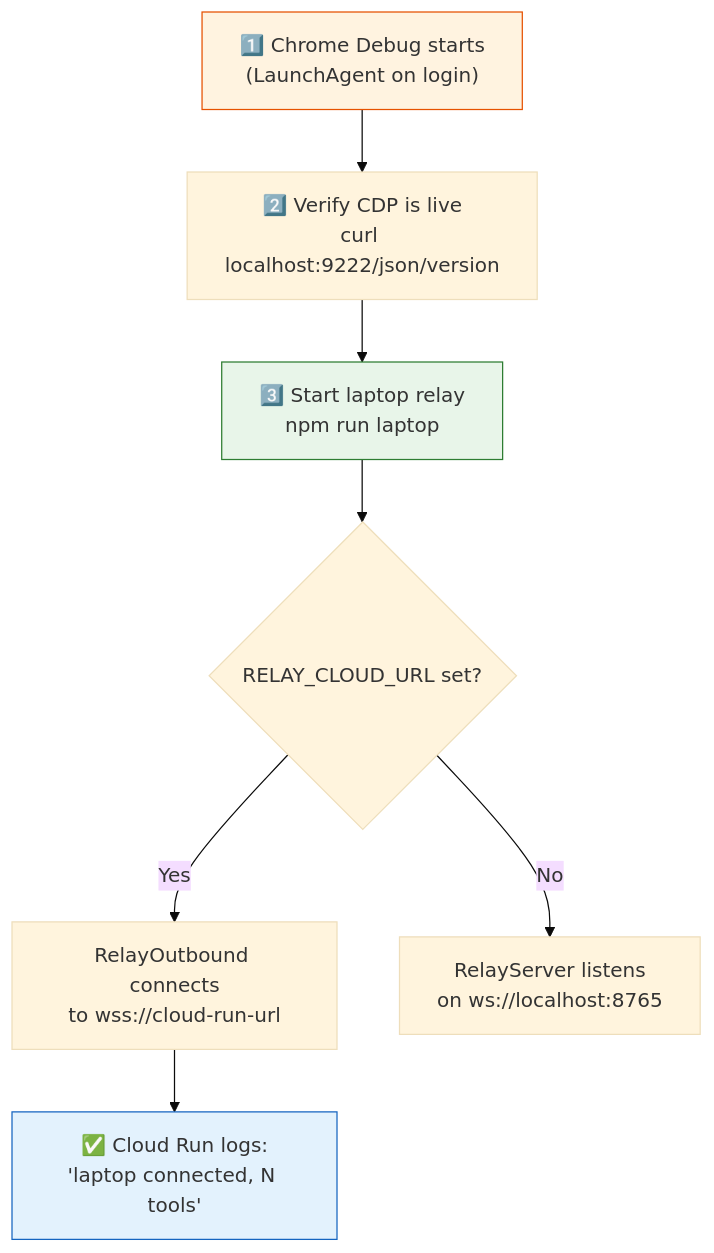
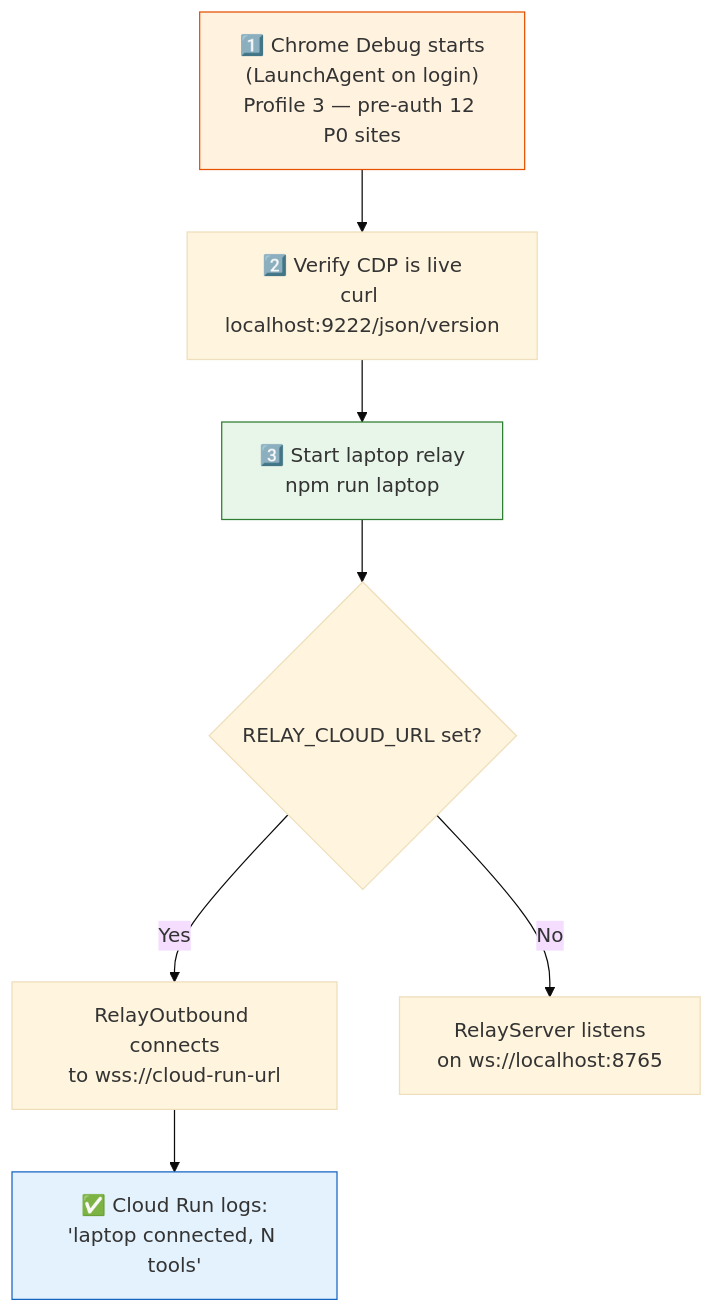
Before and after one commit to rohitsingh30/shofferAi: the diagram in docs/diagrams/deployment-startup.mmd, drawn with Mermaid (base theme). The commit also changed 3 other files, not shown here.

First line of the commit message:
docs: update 4 mermaid diagrams with Profile 3 pre-auth context

```diff
--- a/docs/diagrams/deployment-startup.mmd
+++ b/docs/diagrams/deployment-startup.mmd
@@ -1,11 +1,11 @@
 graph TD
-    A["1️⃣ Chrome Debug starts<br/>(LaunchAgent on login)"] --> B["2️⃣ Verify CDP is live<br/>curl localhost:9222/json/version"]
+    A["1️⃣ Chrome Debug starts<br/>(LaunchAgent on login)<br/>Profile 3 — pre-auth 12 P0 sites"] --> B["2️⃣ Verify CDP is live<br/>curl localhost:9222/json/version"]
     B --> C["3️⃣ Start laptop relay<br/>npm run laptop"]
     C --> D{"RELAY_CLOUD_URL set?"}
     D -->|"Yes"| E["RelayOutbound connects<br/>to wss://cloud-run-url"]
     D -->|"No"| F["RelayServer listens<br/>on ws://localhost:8765"]
     E --> G["✅ Cloud Run logs:<br/>'laptop connected, N tools'"]
     
     style A fill:#fff3e0,stroke:#e65100
     style C fill:#e8f5e9,stroke:#2e7d32
     style G fill:#e3f2fd,stroke:#1565c0
```
